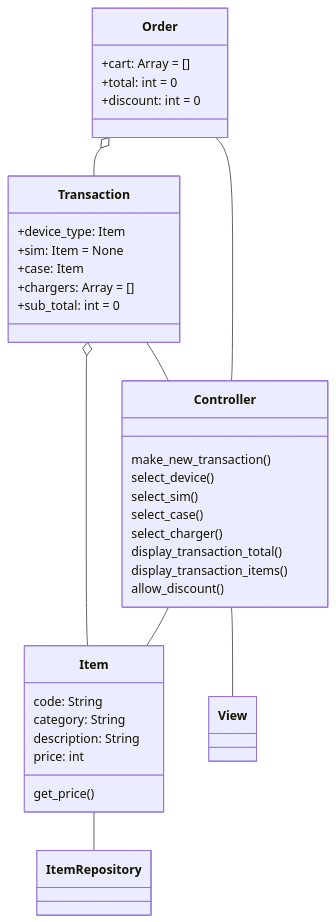
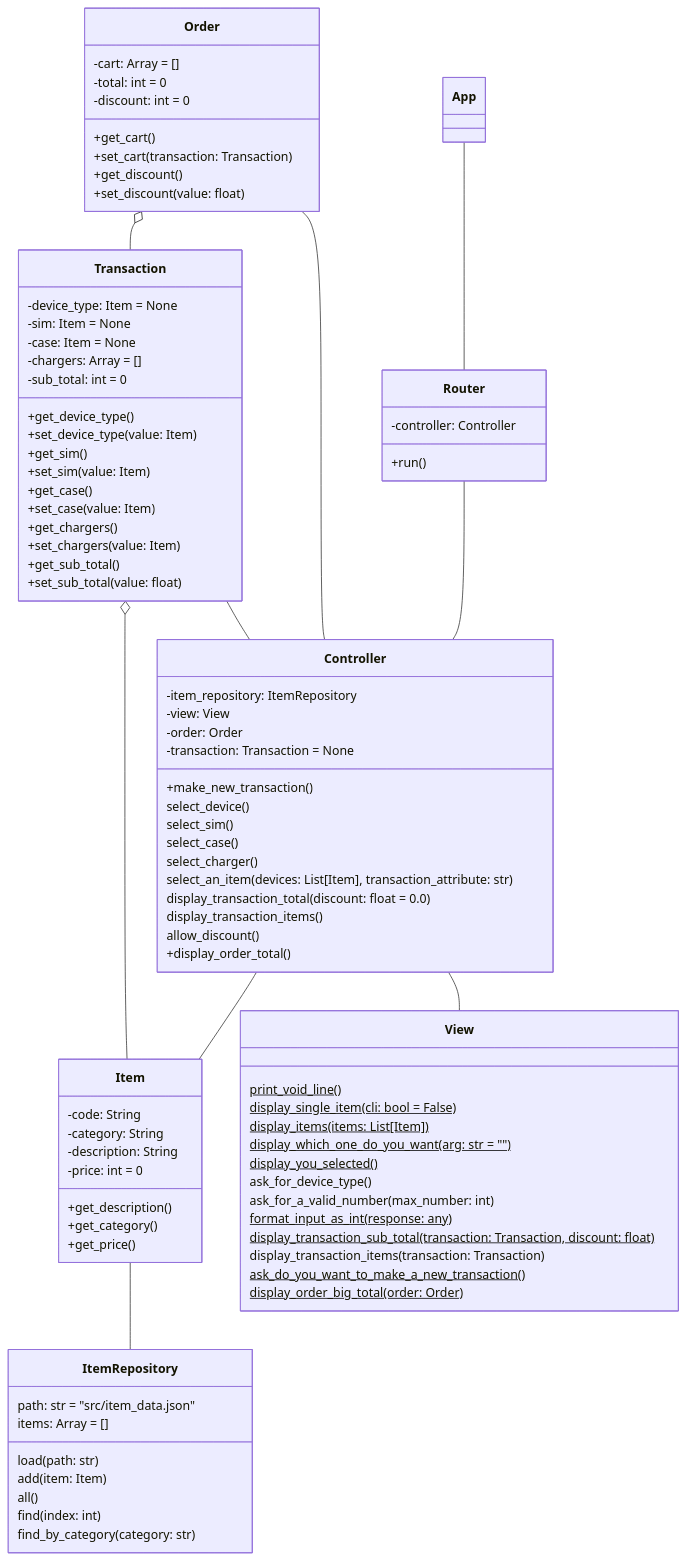
One commit to matbgn/terminal-shop changed the diagram in docs/README.md. Above: the diagram before and after it, drawn with Mermaid. The commit also changed 3 other files, not shown here.

Commit message:
Document Class Diagram

````diff
--- a/docs/README.md
+++ b/docs/README.md
@@ -7,5 +7,7 @@
 ```mermaid
 classDiagram
+    
+    
  
     Order o-- Transaction
     
@@ -14,41 +16,96 @@
     Item -- ItemRepository
     
     Order -- Controller
+    
+    App -- Router
+    
+    Router -- Controller
     Transaction -- Controller
     Controller -- Item
     
     Controller -- View
+    class Router {
+        -controller: Controller
+        +run()
+    }
     
     class Controller {
-        make_new_transaction()
+        -item_repository: ItemRepository
+        -view: View
+        -order: Order
+        -transaction: Transaction = None
+        +make_new_transaction()
         select_device()
         select_sim()
         select_case()
         select_charger()
-        display_transaction_total()
+        select_an_item(devices: List[Item], transaction_attribute: str)
+        display_transaction_total(discount: float = 0.0)
         display_transaction_items()
         allow_discount()
+        +display_order_total()
     }
     
     class Item {
-      code: String
-      category: String
-      description: String
-      price: int
-      get_price()
+        -code: String
+        -category: String
+        -description: String
+        -price: int = 0
+        +get_description()
+        +get_category()
+        +get_price()
     }
     
     class Order {
-      +cart: Array<Transaction> = []
-      +total: int = 0
-      +discount: int = 0
+        -cart: Array<Transaction> = []
+        -total: int = 0
+        -discount: int = 0
+        +get_cart()
+        +set_cart(transaction: Transaction)
+        +get_discount()
+        +set_discount(value: float)
     }
     
     class Transaction {
-      +device_type: Item
-      +sim: Item = None
-      +case: Item
-      +chargers: Array<Item> = []
-      +sub_total: int = 0
+        -device_type: Item = None
+        -sim: Item = None
+        -case: Item = None
+        -chargers: Array<Item> = []
+        -sub_total: int = 0
+        +get_device_type()
+        +set_device_type(value: Item)
+        +get_sim()
+        +set_sim(value: Item)
+        +get_case()
+        +set_case(value: Item)
+        +get_chargers()
+        +set_chargers(value: Item)
+        +get_sub_total()
+        +set_sub_total(value: float)
+    }
+    
+    class ItemRepository {
+        path: str = "src/item_data.json"
+        items: Array<Item> = []
+        load(path: str)
+        add(item: Item)
+        all()
+        find(index: int)
+        find_by_category(category: str)
+    }
+    
+    class View {
+        print_void_line()$
+        display_single_item(cli: bool = False)$
+        display_items(items: List[Item])$
+        display_which_one_do_you_want(arg: str = "")$
+        display_you_selected()$
+        ask_for_device_type()
+        ask_for_a_valid_number(max_number: int)
+        format_input_as_int(response: any)$
+        display_transaction_sub_total(transaction: Transaction, discount: float)$
+        display_transaction_items(transaction: Transaction)
+        ask_do_you_want_to_make_a_new_transaction()$
+        display_order_big_total(order: Order)$
     }
 ```
````
